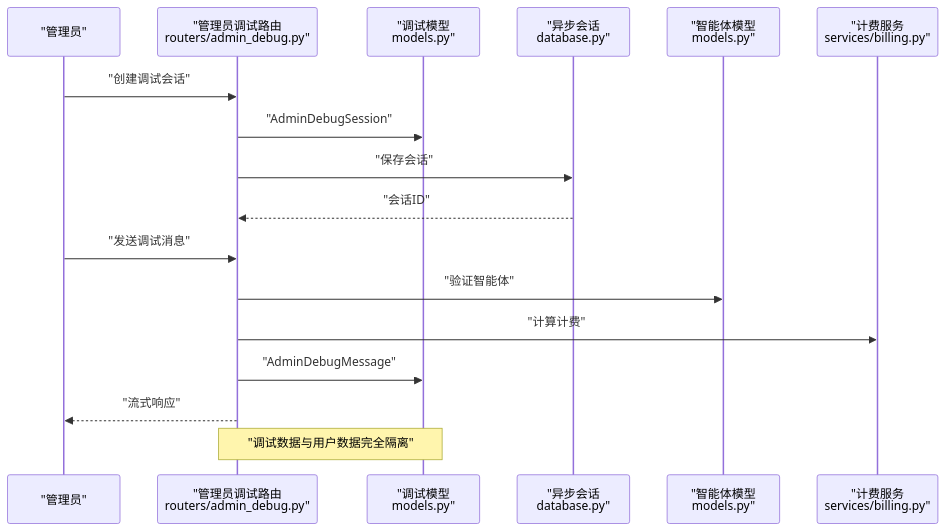
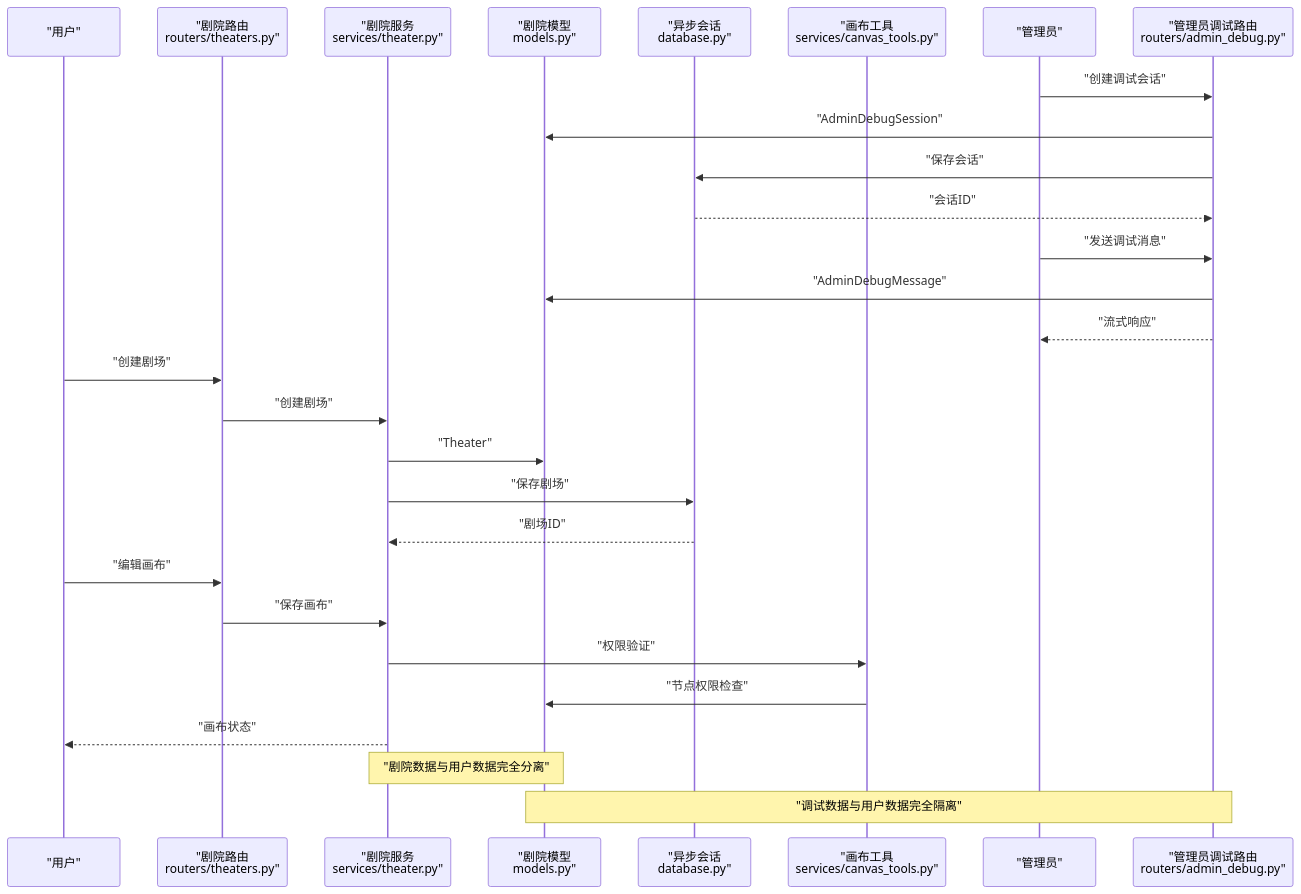
The second of 5 diagrams in .qoder/repowiki/zh/content/后端开发指南/数据库模型设计.md (KunLabAI/KunFlix), drawn with Mermaid before and after one commit. The commit also changed other lines of this file and 11 other files, not shown here.

````diff
--- a/.qoder/repowiki/zh/content/后端开发指南/数据库模型设计.md
+++ b/.qoder/repowiki/zh/content/后端开发指南/数据库模型设计.md
@@ -176,19 +182,30 @@
 ```mermaid
 sequenceDiagram
+participant User as "用户"
+participant TheaterRouter as "剧院路由<br/>routers/theaters.py"
+participant TheaterService as "剧院服务<br/>services/theater.py"
+participant TheaterModels as "剧院模型<br/>models.py"
+participant Session as "异步会话<br/>database.py"
+participant CanvasTools as "画布工具<br/>services/canvas_tools.py"
 participant Admin as "管理员"
 participant AdminDebugRouter as "管理员调试路由<br/>routers/admin_debug.py"
-participant AdminDebugModels as "调试模型<br/>models.py"
-participant Session as "异步会话<br/>database.py"
-participant AgentModel as "智能体模型<br/>models.py"
-participant BillingService as "计费服务<br/>services/billing.py"
 Admin->>AdminDebugRouter : "创建调试会话"
-AdminDebugRouter->>AdminDebugModels : "AdminDebugSession"
+AdminDebugRouter->>TheaterModels : "AdminDebugSession"
 AdminDebugRouter->>Session : "保存会话"
 Session-->>AdminDebugRouter : "会话ID"
 Admin->>AdminDebugRouter : "发送调试消息"
-AdminDebugRouter->>AgentModel : "验证智能体"
-AdminDebugRouter->>BillingService : "计算计费"
-AdminDebugRouter->>AdminDebugModels : "AdminDebugMessage"
+AdminDebugRouter->>TheaterModels : "AdminDebugMessage"
 AdminDebugRouter-->>Admin : "流式响应"
-Note over AdminDebugRouter,AdminDebugModels : "调试数据与用户数据完全隔离"
+User->>TheaterRouter : "创建剧场"
+TheaterRouter->>TheaterService : "创建剧场"
+TheaterService->>TheaterModels : "Theater"
+TheaterService->>Session : "保存剧场"
+Session-->>TheaterService : "剧场ID"
+User->>TheaterRouter : "编辑画布"
+TheaterRouter->>TheaterService : "保存画布"
+TheaterService->>CanvasTools : "权限验证"
+CanvasTools->>TheaterModels : "节点权限检查"
+TheaterService-->>User : "画布状态"
+Note over TheaterService,TheaterModels : "剧院数据与用户数据完全分离"
+Note over AdminDebugRouter,TheaterModels : "调试数据与用户数据完全隔离"
 ```
````
